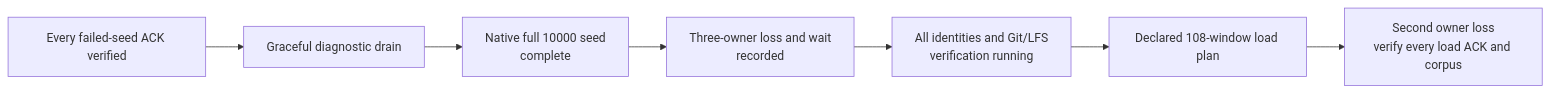
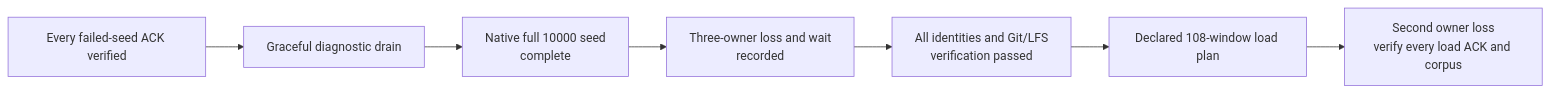
Before and after one commit to crabbuild/canopy: the diagram in docs/performance/2026-10-01-native-filesystem.md, drawn with Mermaid. The commit also changed other lines of this file and 3 other files, not shown here.

````diff
--- a/docs/performance/2026-10-01-native-filesystem.md
+++ b/docs/performance/2026-10-01-native-filesystem.md
@@ -54,9 +54,9 @@
 ```mermaid
 flowchart LR
     ack[Every failed-seed ACK verified] --> drain[Graceful diagnostic drain]
     drain --> seed[Native full 10000 seed<br/>complete]
     seed --> loss[Three-owner loss and wait<br/>recorded]
-    loss --> recovery[All identities and Git/LFS<br/>verification running]
+    loss --> recovery[All identities and Git/LFS<br/>verification passed]
     recovery --> load[Declared 108-window load plan]
     load --> final[Second owner loss<br/>verify every load ACK and corpus]
 ```
````
